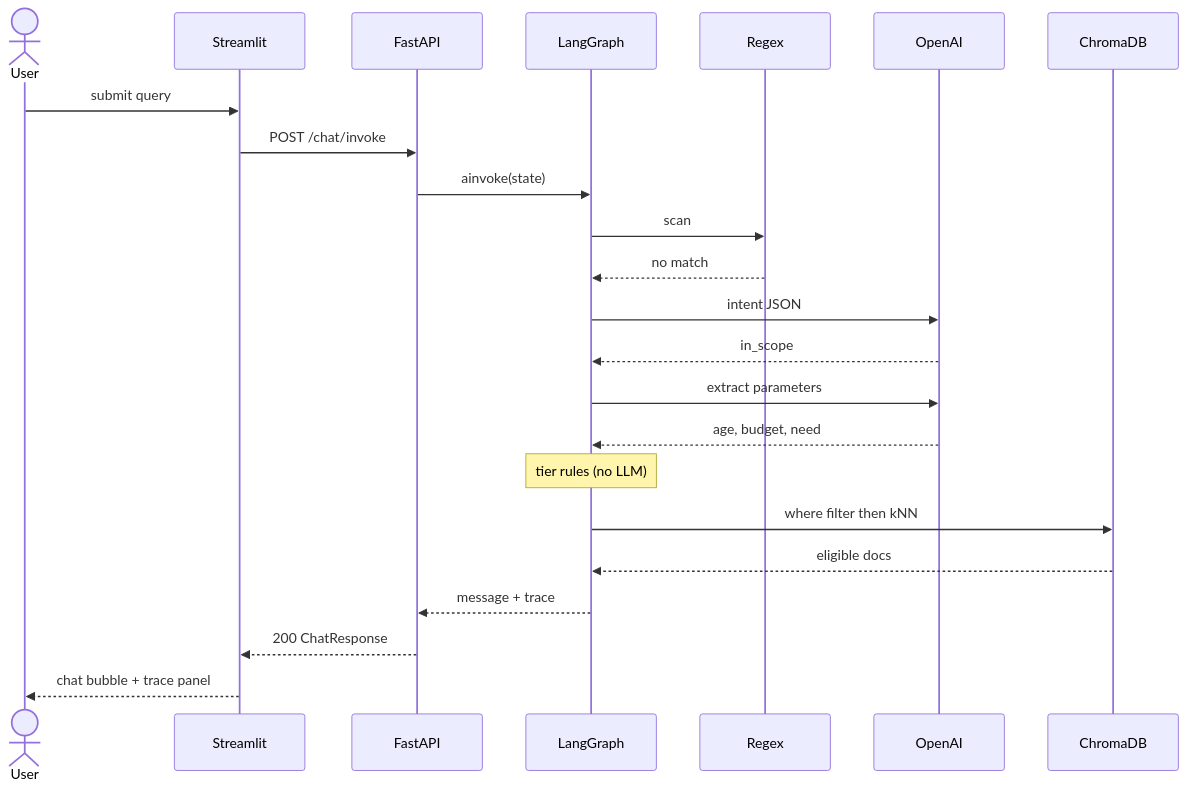
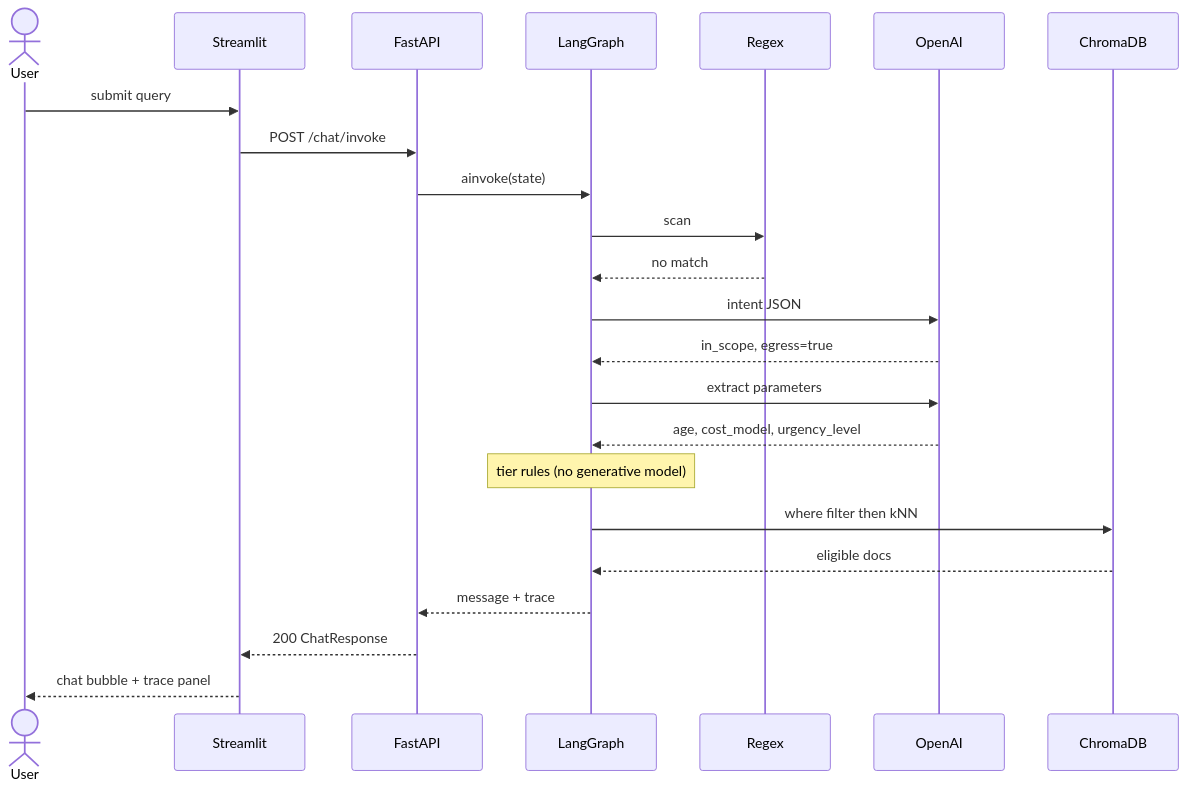
The third of 6 diagrams in docs/system-design.md (Codemelia/project-lintel), drawn with Mermaid before and after one commit. The commit also changed other lines of this file and 26 other files, not shown here.

Commit message:
UP update plan + scaffold schema, data, models

````diff
--- a/docs/system-design.md
+++ b/docs/system-design.md
@@ -208,26 +219,26 @@
 ```mermaid
 sequenceDiagram
   actor U as User
   participant S as Streamlit
   participant A as FastAPI
   participant G as LangGraph
   participant R as Regex
   participant O as OpenAI
   participant C as ChromaDB
 
   U->>S: submit query
   S->>A: POST /chat/invoke
   A->>G: ainvoke(state)
   G->>R: scan
   R-->>G: no match
   G->>O: intent JSON
-  O-->>G: in_scope
+  O-->>G: in_scope, egress=true
   G->>O: extract parameters
-  O-->>G: age, budget, need
-  Note over G: tier rules (no LLM)
+  O-->>G: age, cost_model, urgency_level
+  Note over G: tier rules (no generative model)
   G->>C: where filter then kNN
   C-->>G: eligible docs
   G-->>A: message + trace
   A-->>S: 200 ChatResponse
   S-->>U: chat bubble + trace panel
 ```
````
